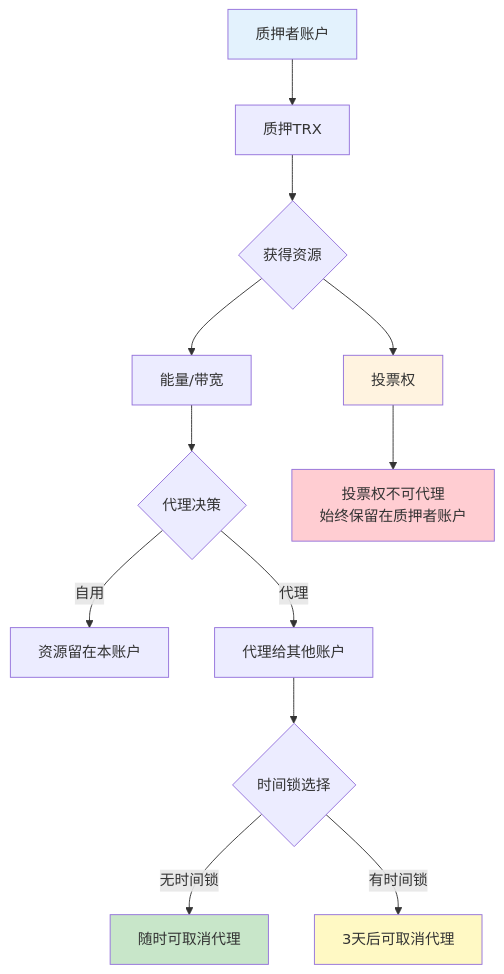
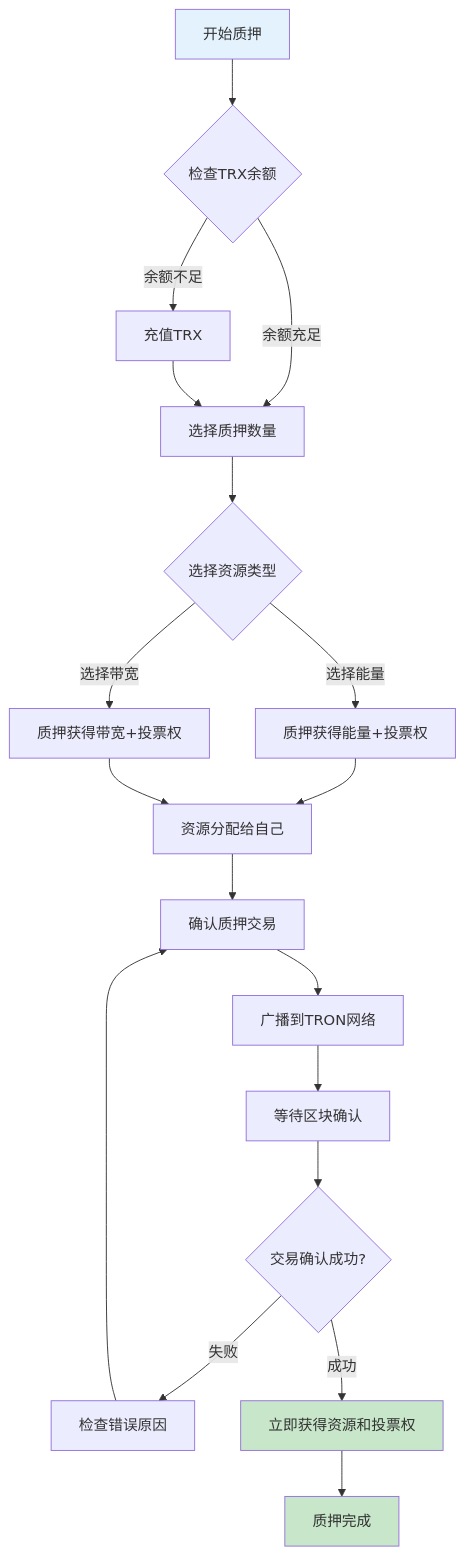
Before and after one commit to lyfe2025/tron-energy-rental: the second of 4 diagrams in docs/TODO/TRON质押机制详细文档.md, drawn with Mermaid. The commit also changed other lines of this file and 37 other files, not shown here.

````diff
--- a/docs/TODO/TRON质押机制详细文档.md
+++ b/docs/TODO/TRON质押机制详细文档.md
@@ -310,23 +225,24 @@
 ```mermaid
-graph TB
-    A[质押者账户] --> B[质押TRX]
-    B --> C{获得资源}
-    C --> D[能量/带宽]
-    C --> E[投票权]
-    
-    D --> F{代理决策}
-    F -->|自用| G[资源留在本账户]
-    F -->|代理| H[代理给其他账户]
-    
-    H --> I{时间锁选择}
-    I -->|无时间锁| J[随时可取消代理]
-    I -->|有时间锁| K[3天后可取消代理]
-    
-    E --> L[投票权不可代理<br/>始终保留在质押者账户]
+flowchart TD
+    A[开始质押] --> B{检查TRX余额}
+    B -->|余额不足| C[充值TRX]
+    B -->|余额充足| D[选择质押数量]
+    C --> D
+    D --> E{选择资源类型}
+    E -->|选择能量| F[质押获得能量+投票权]
+    E -->|选择带宽| G[质押获得带宽+投票权]
+    F --> H[资源分配给自己]
+    G --> H
+    H --> I[确认质押交易]
+    I --> J[广播到TRON网络]
+    J --> K[等待区块确认]
+    K --> L{交易确认成功?}
+    L -->|失败| M[检查错误原因]
+    L -->|成功| N[立即获得资源和投票权]
+    M --> I
+    N --> O[质押完成]
     
     style A fill:#e3f2fd
-    style E fill:#fff3e0
-    style L fill:#ffcdd2
-    style J fill:#c8e6c9
-    style K fill:#fff9c4
+    style N fill:#c8e6c9
+    style O fill:#c8e6c9
 ```
````
